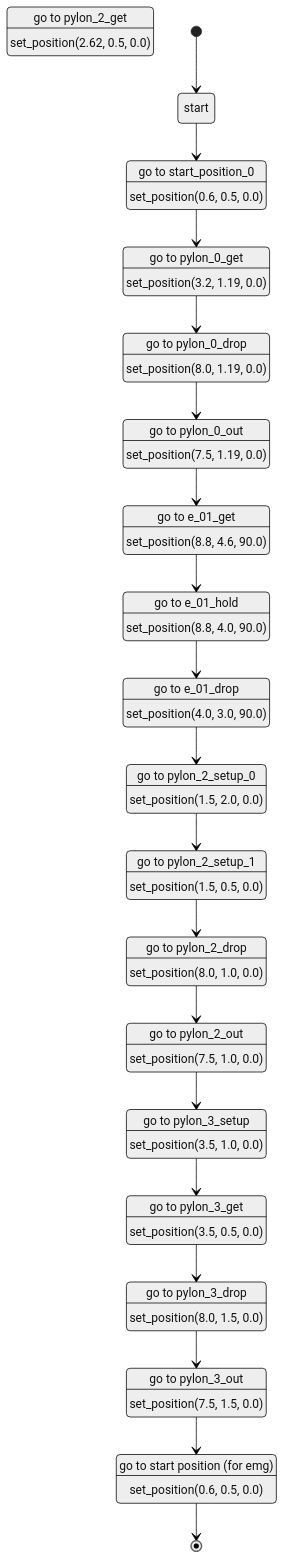
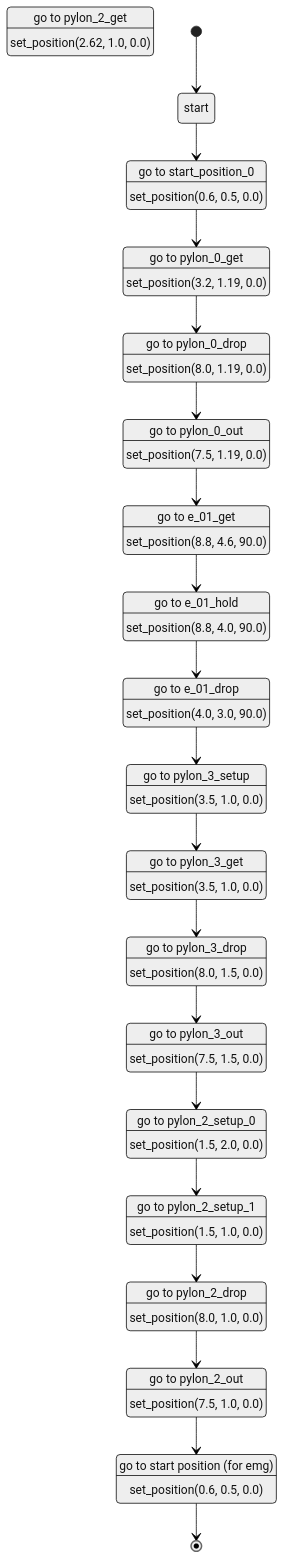
The diagram in src/launch/nhk2025b_launch/state_graph/test.md (NITIC-Robot-Club/nhk2025b_ros2), drawn with Mermaid (neutral theme) before and after one commit. The commit also changed 6 other files, not shown here.

````diff
--- a/src/launch/nhk2025b_launch/state_graph/test.md
+++ b/src/launch/nhk2025b_launch/state_graph/test.md
@@ -1,75 +1,75 @@
 ```mermaid
 stateDiagram-v2
 
     start_position_emg : go to start position (for emg)
     start_position_emg : set_position(0.6, 0.5, 0.0)
 
     start_position_0 : go to start_position_0
     start_position_0 : set_position(0.6, 0.5, 0.0)
 
     pylon_0_get : go to pylon_0_get
     pylon_0_get : set_position(3.2, 1.19, 0.0)
 
     pylon_0_drop : go to pylon_0_drop
     pylon_0_drop : set_position(8.0, 1.19, 0.0)
 
     pylon_0_out : go to pylon_0_out
     pylon_0_out : set_position(7.5, 1.19, 0.0)
 
     e_01_get : go to e_01_get
     e_01_get : set_position(8.8, 4.6, 90.0)
 
     e_01_hold : go to e_01_hold
     e_01_hold : set_position(8.8, 4.0, 90.0)
 
     e_01_drop : go to e_01_drop
     e_01_drop : set_position(4.0, 3.0, 90.0)
 
     pylon_2_setup_0 : go to pylon_2_setup_0
     pylon_2_setup_0 : set_position(1.5, 2.0, 0.0)
 
     pylon_2_setup_1 : go to pylon_2_setup_1
-    pylon_2_setup_1 : set_position(1.5, 0.5, 0.0)
+    pylon_2_setup_1 : set_position(1.5, 1.0, 0.0)
 
     pylon_2_get : go to pylon_2_get
-    pylon_2_get : set_position(2.62, 0.5, 0.0)
+    pylon_2_get : set_position(2.62, 1.0, 0.0)
 
     pylon_2_drop : go to pylon_2_drop
     pylon_2_drop : set_position(8.0, 1.0, 0.0)
 
     pylon_2_out : go to pylon_2_out
     pylon_2_out : set_position(7.5, 1.0, 0.0)
 
     pylon_3_setup : go to pylon_3_setup
     pylon_3_setup : set_position(3.5, 1.0, 0.0)
 
     pylon_3_get : go to pylon_3_get
-    pylon_3_get : set_position(3.5, 0.5, 0.0)
+    pylon_3_get : set_position(3.5, 1.0, 0.0)
 
     pylon_3_drop : go to pylon_3_drop
     pylon_3_drop : set_position(8.0, 1.5, 0.0)
 
     pylon_3_out : go to pylon_3_out
     pylon_3_out : set_position(7.5, 1.5, 0.0)
 
 
 
     [*] --> start
     start --> start_position_0
     start_position_0 --> pylon_0_get
     pylon_0_get --> pylon_0_drop
     pylon_0_drop --> pylon_0_out
     pylon_0_out --> e_01_get
     e_01_get --> e_01_hold
     e_01_hold --> e_01_drop
-    e_01_drop --> pylon_2_setup_0
+    e_01_drop --> pylon_3_setup
+    pylon_3_setup --> pylon_3_get
+    pylon_3_get --> pylon_3_drop
+    pylon_3_drop --> pylon_3_out
+    pylon_3_out --> pylon_2_setup_0
     pylon_2_setup_0 --> pylon_2_setup_1
     pylon_2_setup_1 --> pylon_2_drop
     pylon_2_drop --> pylon_2_out
-    pylon_2_out --> pylon_3_setup
-    pylon_3_setup --> pylon_3_get
-    pylon_3_get --> pylon_3_drop
-    pylon_3_drop --> pylon_3_out
-    pylon_3_out --> start_position_emg
+    pylon_2_out -->start_position_emg
     start_position_emg --> [*]
 ```
````
